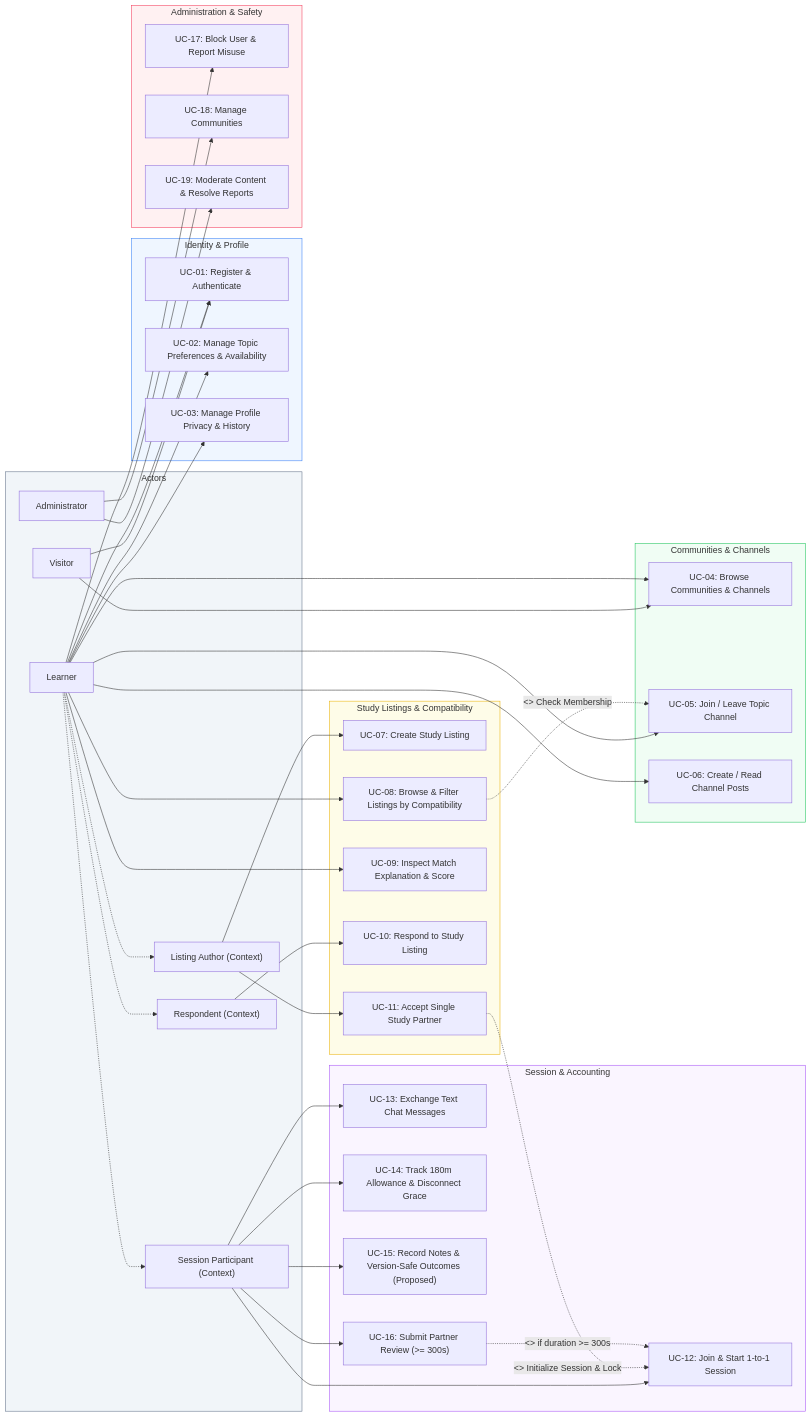
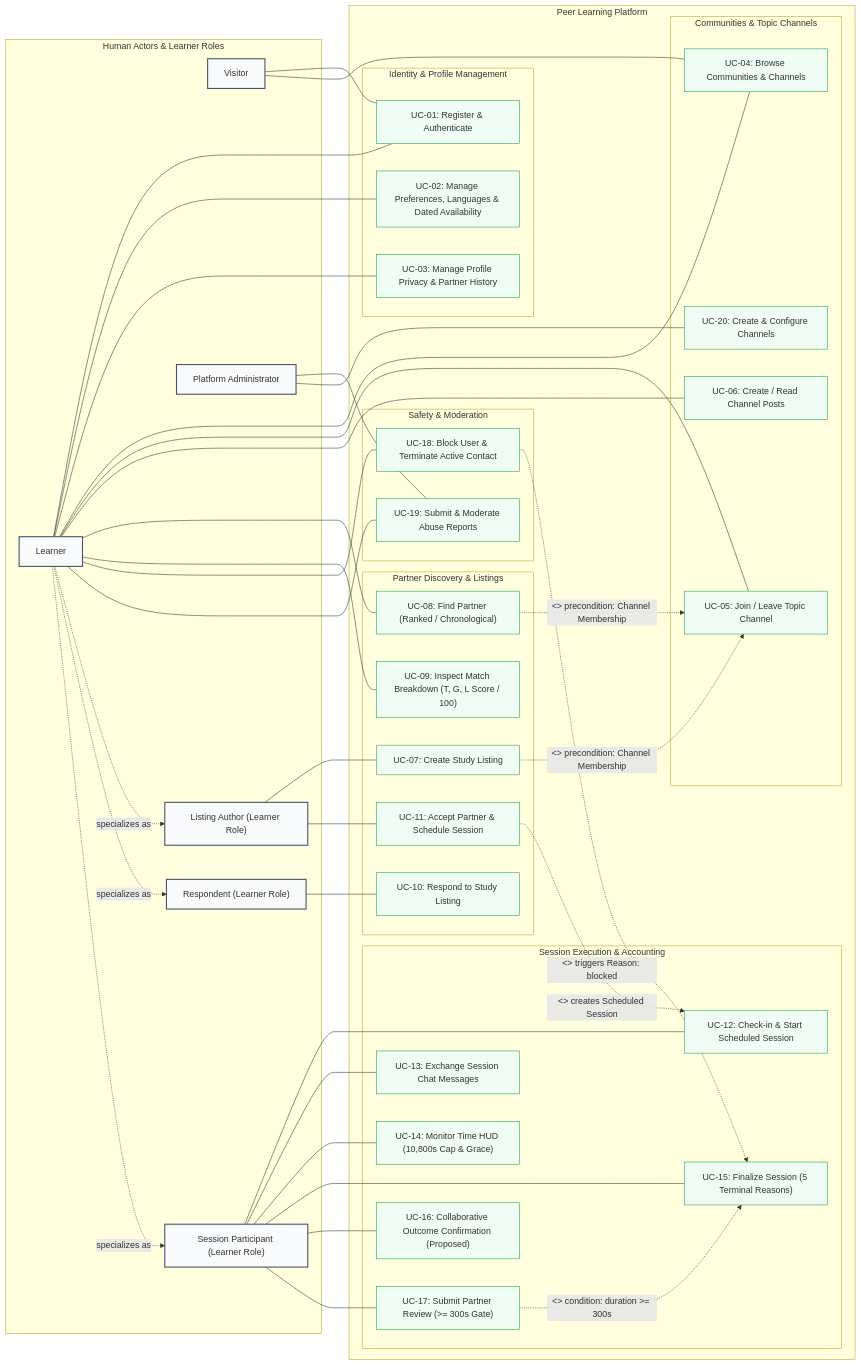
One commit to belozov/peer-learning-platform changed the diagram in diagrams/src/use-case.mmd. Above: the diagram before and after it, drawn with Mermaid. The commit also changed 11 other files, not shown here.

```diff
--- a/diagrams/src/use-case.mmd
+++ b/diagrams/src/use-case.mmd
@@ -1,90 +1,103 @@
 graph LR
-    %% Use Case Diagram
-    %% Compatibility-Based Peer Learning Platform
+    %% UML Use Case Diagram (Proposed Working-V1 Architecture & Domain Scope)
+    %% Platform: Compatibility-Based Peer Learning Platform
+    %% Student: Zhumirov Bekzat (SE-2416) | Supervisor: Aigerim Kydyrbekova
 
-    subgraph Actors["Actors"]
+    subgraph Actors["Human Actors & Learner Roles"]
         V["Visitor"]
         L["Learner"]
-        LA["Listing Author (Context)"]
-        R["Respondent (Context)"]
-        SP["Session Participant (Context)"]
-        A["Administrator"]
+        LA["Listing Author (Learner Role)"]
+        R["Respondent (Learner Role)"]
+        SP["Session Participant (Learner Role)"]
+        A["Platform Administrator"]
     end
 
-    subgraph UC_Auth["Identity & Profile"]
-        UC01["UC-01: Register & Authenticate"]
-        UC02["UC-02: Manage Topic Preferences & Availability"]
-        UC03["UC-03: Manage Profile Privacy & History"]
+    subgraph SystemBoundary["Peer Learning Platform"]
+
+        subgraph UC_Auth["Identity & Profile Management"]
+            UC01["UC-01: Register & Authenticate"]
+            UC02["UC-02: Manage Preferences, Languages & Dated Availability"]
+            UC03["UC-03: Manage Profile Privacy & Partner History"]
+        end
+
+        subgraph UC_Community["Communities & Topic Channels"]
+            UC04["UC-04: Browse Communities & Channels"]
+            UC05["UC-05: Join / Leave Topic Channel"]
+            UC06["UC-06: Create / Read Channel Posts"]
+            UC20["UC-20: Create & Configure Channels"]
+        end
+
+        subgraph UC_Discovery["Partner Discovery & Listings"]
+            UC07["UC-07: Create Study Listing"]
+            UC08["UC-08: Find Partner (Ranked / Chronological)"]
+            UC09["UC-09: Inspect Match Breakdown (T, G, L Score / 100)"]
+            UC10["UC-10: Respond to Study Listing"]
+            UC11["UC-11: Accept Partner & Schedule Session"]
+        end
+
+        subgraph UC_Session["Session Execution & Accounting"]
+            UC12["UC-12: Check-in & Start Scheduled Session"]
+            UC13["UC-13: Exchange Session Chat Messages"]
+            UC14["UC-14: Monitor Time HUD (10,800s Cap & Grace)"]
+            UC15["UC-15: Finalize Session (5 Terminal Reasons)"]
+            UC16["UC-16: Collaborative Outcome Confirmation (Proposed)"]
+            UC17["UC-17: Submit Partner Review (>= 300s Gate)"]
+        end
+
+        subgraph UC_Safety["Safety & Moderation"]
+            UC18["UC-18: Block User & Terminate Active Contact"]
+            UC19["UC-19: Submit & Moderate Abuse Reports"]
+        end
     end
 
-    subgraph UC_Community["Communities & Channels"]
-        UC04["UC-04: Browse Communities & Channels"]
-        UC05["UC-05: Join / Leave Topic Channel"]
-        UC06["UC-06: Create / Read Channel Posts"]
-    end
+    %% Visitor associations
+    V --- UC01
+    V --- UC04
 
-    subgraph UC_Discovery["Study Listings & Compatibility"]
-        UC07["UC-07: Create Study Listing"]
-        UC08["UC-08: Browse & Filter Listings by Compatibility"]
-        UC09["UC-09: Inspect Match Explanation & Score"]
-        UC10["UC-10: Respond to Study Listing"]
-        UC11["UC-11: Accept Single Study Partner"]
-    end
+    %% Learner general associations
+    L --- UC01
+    L --- UC02
+    L --- UC03
+    L --- UC04
+    L --- UC05
+    L --- UC06
+    L --- UC08
+    L --- UC09
+    L --- UC18
+    L --- UC19
 
-    subgraph UC_Session["Session & Accounting"]
-        UC12["UC-12: Join & Start 1-to-1 Session"]
-        UC13["UC-13: Exchange Text Chat Messages"]
-        UC14["UC-14: Track 180m Allowance & Disconnect Grace"]
-        UC15["UC-15: Record Notes & Version-Safe Outcomes (Proposed)"]
-        UC16["UC-16: Submit Partner Review (>= 300s)"]
-    end
+    %% Role specializations
+    L -.->|specializes as| LA
+    L -.->|specializes as| R
+    L -.->|specializes as| SP
 
-    subgraph UC_Admin["Administration & Safety"]
-        UC17["UC-17: Block User & Report Misuse"]
-        UC18["UC-18: Manage Communities"]
-        UC19["UC-19: Moderate Content & Resolve Reports"]
-    end
+    %% Contextual Learner Role associations
+    LA --- UC07
+    LA --- UC11
 
-    %% Actor Connections
-    V --> UC01
-    V --> UC04
+    R --- UC10
 
-    L --> UC01
-    L --> UC02
-    L --> UC03
-    L --> UC04
-    L --> UC05
-    L --> UC06
-    L --> UC08
-    L --> UC09
-    L --> UC17
+    SP --- UC12
+    SP --- UC13
+    SP --- UC14
+    SP --- UC15
+    SP --- UC16
+    SP --- UC17
 
-    L -.-> LA
-    L -.-> R
-    L -.-> SP
+    %% Administrator associations
+    A --- UC19
+    A --- UC20
 
-    LA --> UC07
-    LA --> UC11
+    %% Preconditions, Includes, and Extends
+    UC08 -.->|"<<include>> precondition: Channel Membership"| UC05
+    UC07 -.->|"<<include>> precondition: Channel Membership"| UC05
+    UC11 -.->|"<<include>> creates Scheduled Session"| UC12
+    UC17 -.->|"<<extend>> condition: duration >= 300s"| UC15
+    UC18 -.->|"<<extend>> triggers Reason: blocked"| UC15
 
-    R --> UC10
+    classDef actorStyle fill:#f8fafc,stroke:#475569,stroke-width:2px;
+    classDef boundaryStyle fill:#ffffff,stroke:#94a3b8,stroke-width:1px;
+    classDef ucStyle fill:#f0fdf4,stroke:#16a34a,stroke-width:1px;
 
-    SP --> UC12
-    SP --> UC13
-    SP --> UC14
-    SP --> UC15
-    SP --> UC16
-
-    A --> UC18
-    A --> UC19
-
-    %% Includes & Extends
-    UC08 -.->|"<<include>> Check Membership"| UC05
-    UC11 -.->|"<<include>> Initialize Session & Lock"| UC12
-    UC16 -.->|"<<extend>> if duration >= 300s"| UC12
-
-    style Actors fill:#f1f5f9,stroke:#64748b,stroke-width:1px;
-    style UC_Auth fill:#eff6ff,stroke:#3b82f6,stroke-width:1px;
-    style UC_Community fill:#f0fdf4,stroke:#22c55e,stroke-width:1px;
-    style UC_Discovery fill:#fefce8,stroke:#eab308,stroke-width:1px;
-    style UC_Session fill:#faf5ff,stroke:#a855f7,stroke-width:1px;
-    style UC_Admin fill:#fff1f2,stroke:#f43f5e,stroke-width:1px;
+    class V,L,LA,R,SP,A actorStyle;
+    class UC01,UC02,UC03,UC04,UC05,UC06,UC07,UC08,UC09,UC10,UC11,UC12,UC13,UC14,UC15,UC16,UC17,UC18,UC19,UC20 ucStyle;
```
